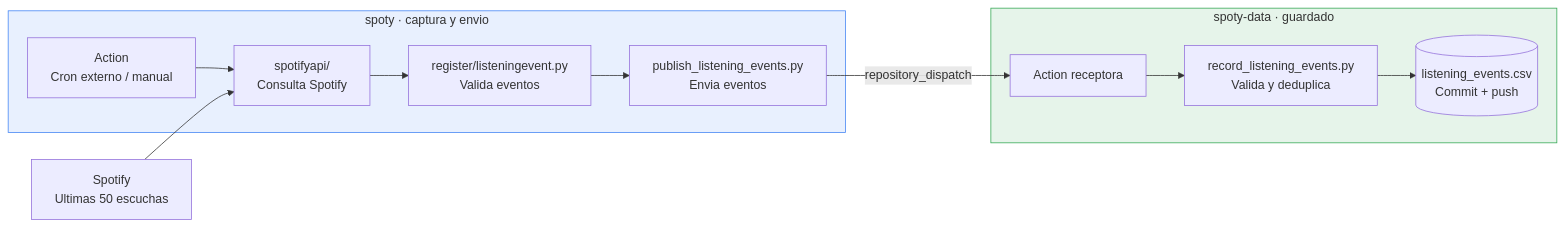
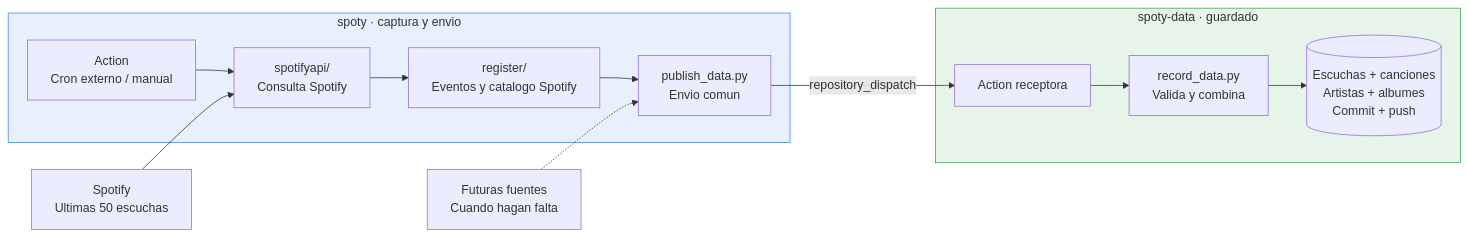
The diagram in ESQUEMA.md (luiscaballeroramos/spoty), drawn with Mermaid before and after one commit. The commit also changed other lines of this file and 5 other files, not shown here.

````diff
--- a/ESQUEMA.md
+++ b/ESQUEMA.md
@@ -3,25 +3,26 @@
 ```mermaid
 flowchart LR
     S["Spotify<br/>Ultimas 50 escuchas"]
 
     subgraph APP["spoty · captura y envio"]
         A["Action<br/>Cron externo / manual"]
         C["spotifyapi/<br/>Consulta Spotify"]
-        E["register/listeningevent.py<br/>Valida eventos"]
-        P["publish_listening_events.py<br/>Envia eventos"]
+        E["register/<br/>Eventos y catalogo Spotify"]
+        P["publish_data.py<br/>Envio comun"]
         A --> C --> E --> P
     end
 
     subgraph DATA["spoty-data · guardado"]
         D["Action receptora"]
-        R["record_listening_events.py<br/>Valida y deduplica"]
-        CSV[("listening_events.csv<br/>Commit + push")]
+        R["record_data.py<br/>Valida y combina"]
+        CSV[("Escuchas + canciones<br/>Artistas + albumes<br/>Commit + push")]
         D --> R --> CSV
     end
 
     S --> C
     P -->|"repository_dispatch"| D
+    O["Futuras fuentes<br/>Cuando hagan falta"] -.-> P
 
     style APP fill:#e8f0fe,stroke:#4285f4
     style DATA fill:#e6f4ea,stroke:#34a853
 ```
````
